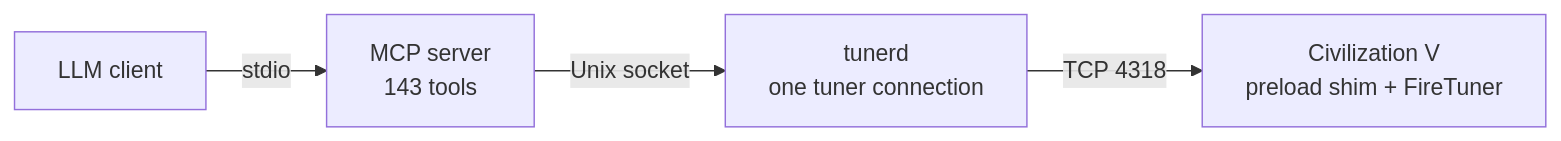
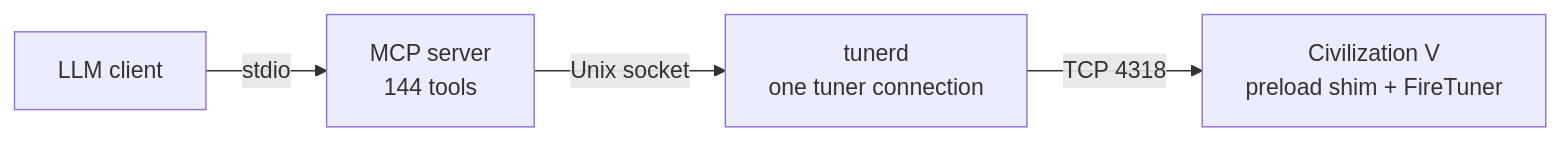
The diagram in README.md (ty-meador/civ-v-linux-mcp), drawn with Mermaid before and after one commit. The commit also changed 6 other files, not shown here.

````diff
--- a/README.md
+++ b/README.md
@@ -191,6 +191,6 @@
 ```mermaid
 flowchart LR
-    A["LLM client"] -->|stdio| B["MCP server<br/>143 tools"]
+    A["LLM client"] -->|stdio| B["MCP server<br/>144 tools"]
     B -->|Unix socket| C["tunerd<br/>one tuner connection"]
     C -->|TCP 4318| D["Civilization V<br/>preload shim + FireTuner"]
 ```
````
